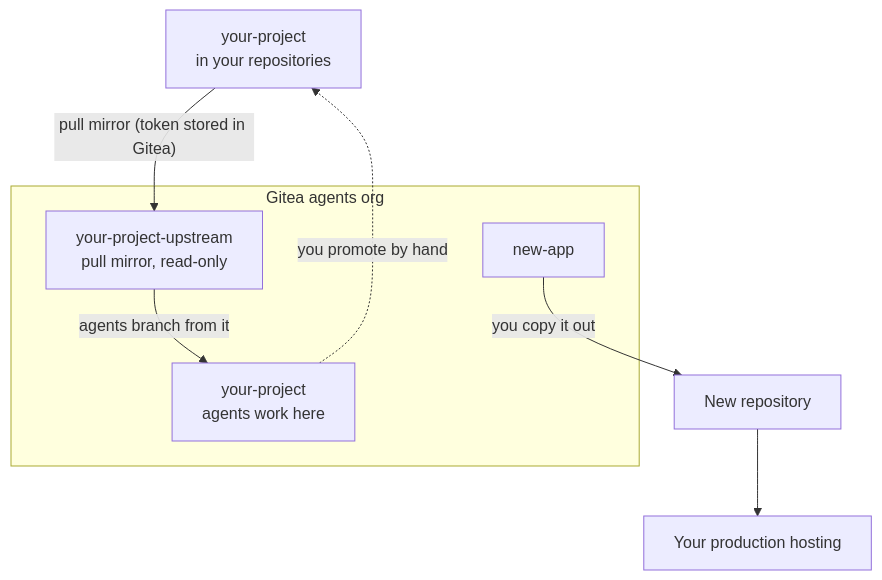
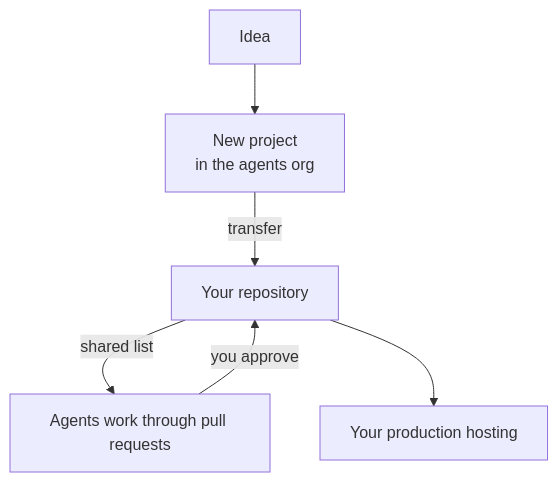
The fourth of 4 diagrams in docs/design.md (osrim/voliere), drawn with Mermaid before and after one commit. The commit also changed other lines of this file and 1 other file, not shown here.

First line of the commit message:
docs(design): move the agents from Gitea to GitHub

````diff
--- a/docs/design.md
+++ b/docs/design.md
@@ -226,16 +318,8 @@
 ```mermaid
 flowchart TB
-    real["your-project<br/>in your repositories"]
-    subgraph ag["Gitea agents org"]
-        up["your-project-upstream<br/>pull mirror, read-only"]
-        work["your-project<br/>agents work here"]
-        oneoff["new-app"]
-    end
-    prod["Your production hosting"]
-
-    real -->|"pull mirror (token stored in Gitea)"| up
-    up -->|"agents branch from it"| work
-    work -.->|"you promote by hand"| real
-    oneoff -->|"you copy it out"| newrepo["New repository"]
-    newrepo --> prod
+    idea["Idea"] --> new["New project<br/>in the agents org"]
+    new -->|"transfer"| mine["Your repository"]
+    mine -->|"shared list"| shared["Agents work through pull requests"]
+    shared -->|"you approve"| mine
+    mine --> prod["Your production hosting"]
 ```
````
